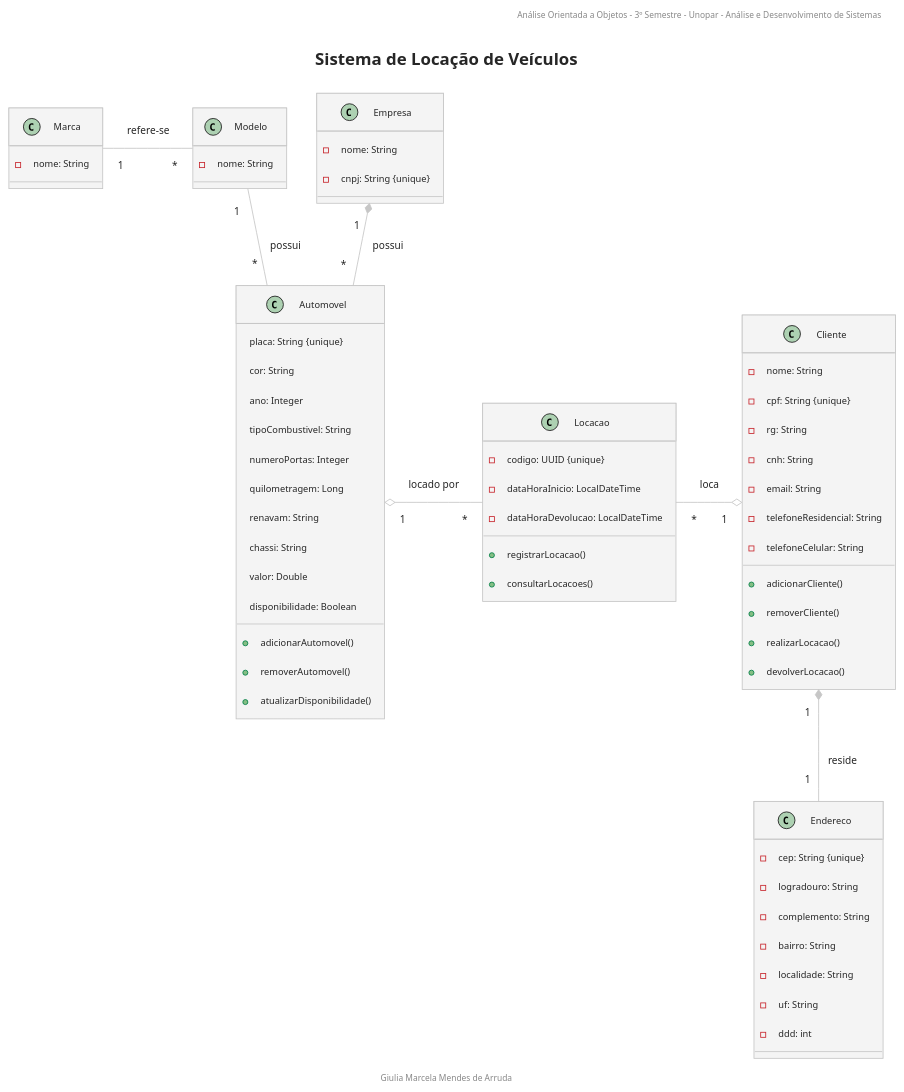
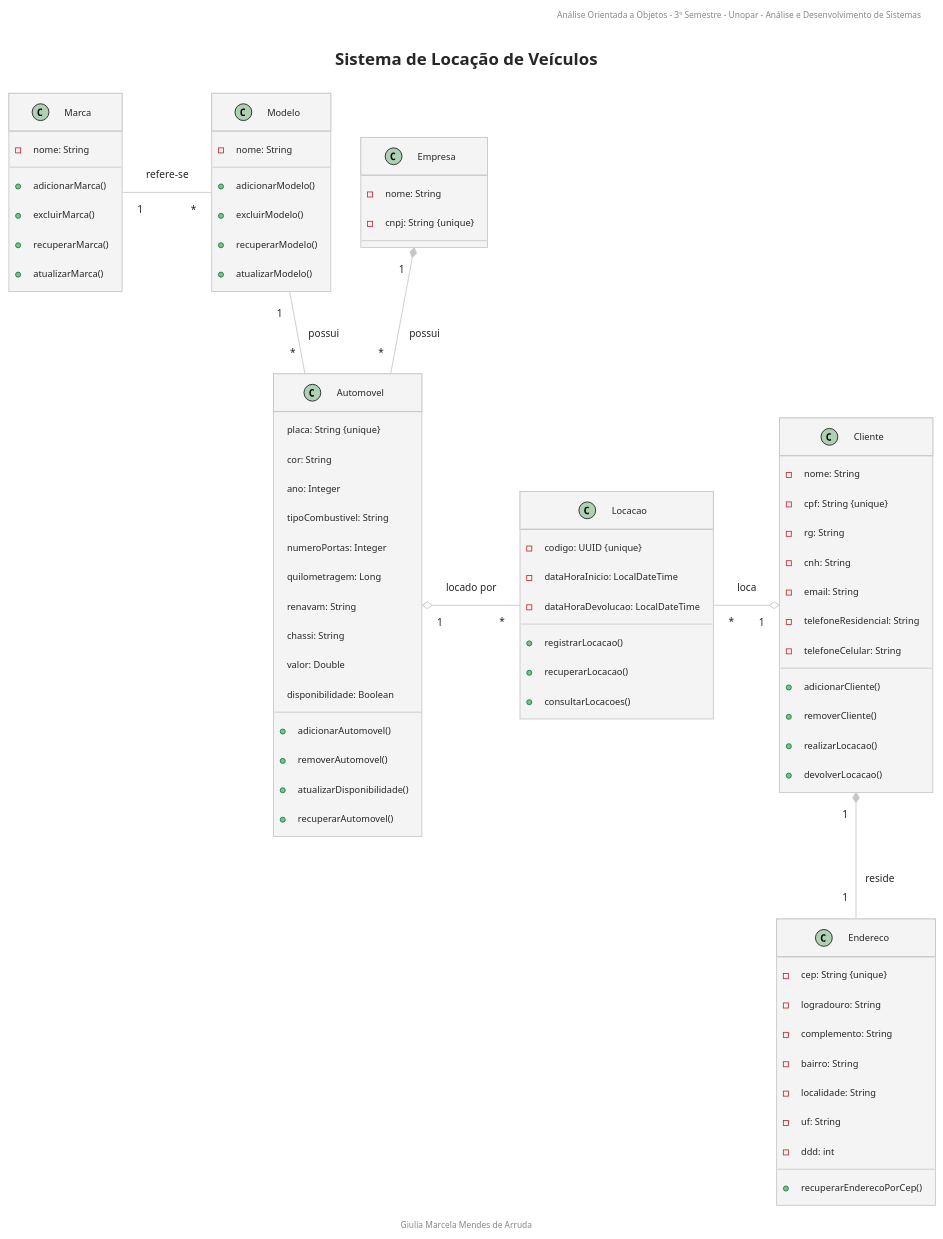
Before and after one commit to GiuliaMarcela/vehicle-rental-ooa: the diagram in diagrama_locacao_veiculos.puml, drawn with PlantUML. The commit also changed 1 other file, not shown here.

```diff
--- a/diagrama_locacao_veiculos.puml
+++ b/diagrama_locacao_veiculos.puml
@@ -1,81 +1,95 @@
 @startuml
 header Análise Orientada a Objetos - 3º Semestre - Unopar - Análise e Desenvolvimento de Sistemas
 
 title Sistema de Locação de Veículos
 
 footer Giulia Marcela Mendes de Arruda
 
 !theme carbon-gray
 
 class Empresa {
   - nome: String
   - cnpj: String {unique}
 }
 
 class Automovel {
   placa: String {unique}
   cor: String
   ano: Integer
   tipoCombustivel: String
   numeroPortas: Integer
   quilometragem: Long
   renavam: String
   chassi: String
   valor: Double
   disponibilidade: Boolean
 
   + adicionarAutomovel()
   + removerAutomovel()
   + atualizarDisponibilidade()
+  + recuperarAutomovel()
 }
 
 class Cliente {
   - nome: String
   - cpf: String {unique}
   - rg: String
   - cnh: String
   - email: String
   - telefoneResidencial: String
   - telefoneCelular: String
 
   + adicionarCliente()
   + removerCliente()
   + realizarLocacao()
   + devolverLocacao()
 }
 
 class Endereco {
   - cep: String {unique}
   - logradouro: String
   - complemento: String
   - bairro: String
   - localidade: String
   - uf: String
   - ddd: int
+
+  + recuperarEnderecoPorCep()
 }
 
 class Marca {
   - nome: String
+
+  + adicionarMarca()
+  + excluirMarca()
+  + recuperarMarca()
+  + atualizarMarca()
 }
 
 class Modelo {
   - nome: String
+
+  + adicionarModelo()
+  + excluirModelo()
+  + recuperarModelo()
+  + atualizarModelo()
 }
 
 class Locacao {
   - codigo: UUID {unique}
   - dataHoraInicio: LocalDateTime
   - dataHoraDevolucao: LocalDateTime
 
   + registrarLocacao()
+  + recuperarLocacao()
   + consultarLocacoes()
 }
 
 Empresa "1" *-- "*" Automovel : possui
 Cliente "1" *-- "1" Endereco : reside
 Modelo "1" -- "*" Automovel : possui
 Marca "1" - "*" Modelo : refere-se
 Automovel "1" o- "*" Locacao : locado por 
 Locacao "*" -o "1" Cliente : loca
 
 @enduml
```
